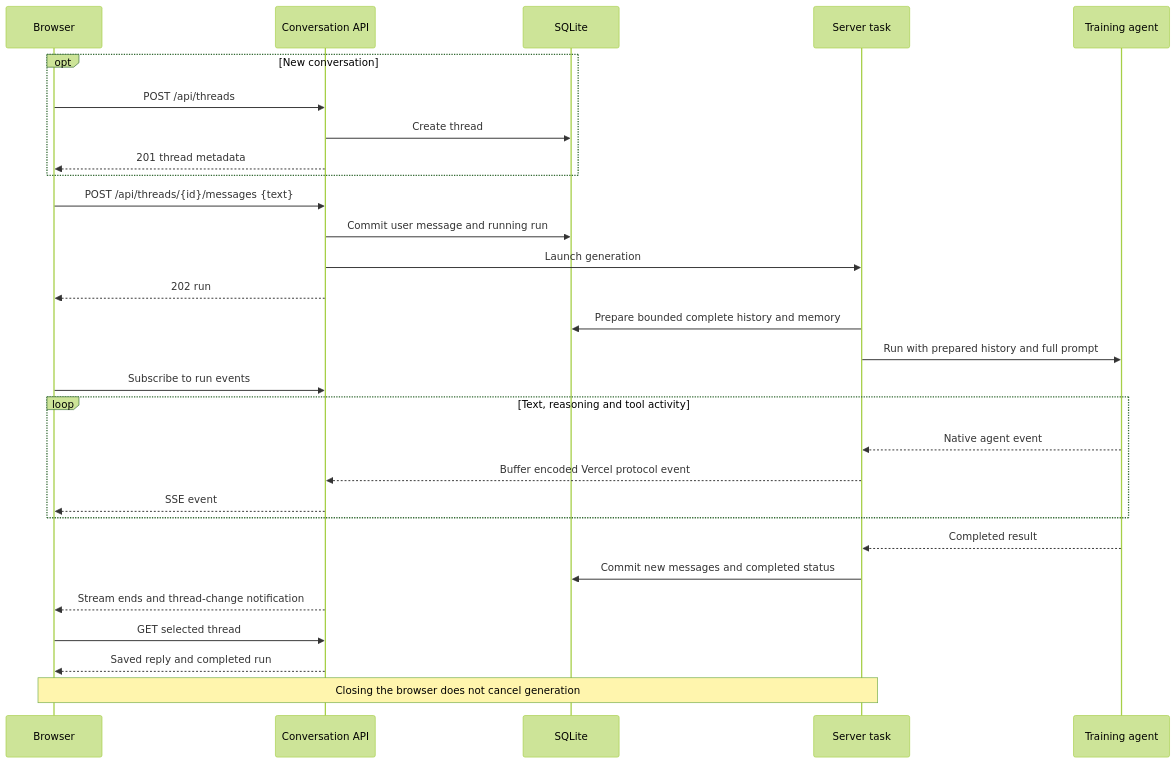
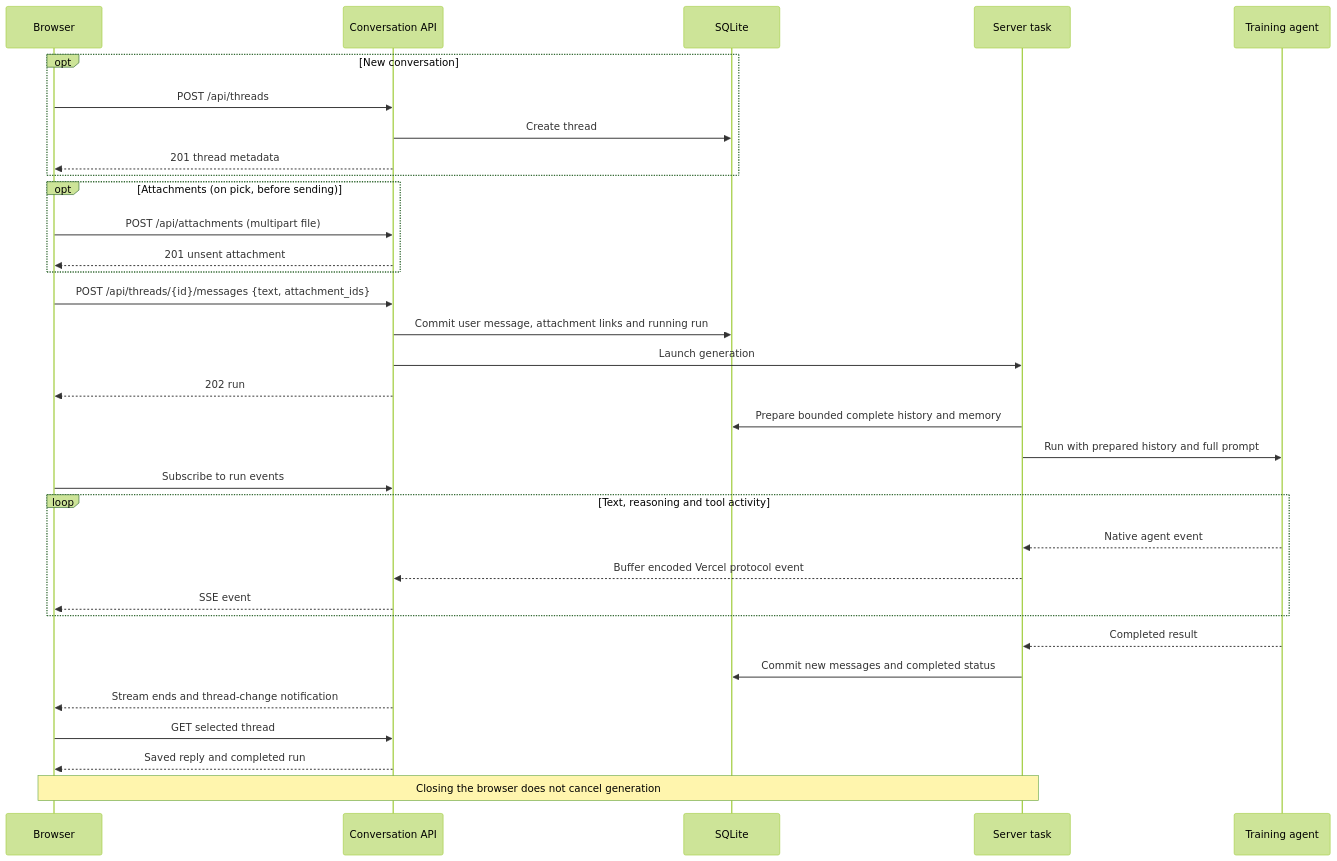
The diagram in docs/frontend-backend.md (atorma/training-ai), drawn with Mermaid (forest theme) before and after one commit. The commit also changed other lines of this file and 38 other files, not shown here.

````diff
--- a/docs/frontend-backend.md
+++ b/docs/frontend-backend.md
@@ -9,32 +9,36 @@
 ```mermaid
 sequenceDiagram
     participant UI as Browser
     participant API as Conversation API
     participant DB as SQLite
     participant Task as Server task
     participant Agent as Training agent
 
     opt New conversation
         UI->>API: POST /api/threads
         API->>DB: Create thread
         API-->>UI: 201 thread metadata
     end
-    UI->>API: POST /api/threads/{id}/messages {text}
-    API->>DB: Commit user message and running run
+    opt Attachments (on pick, before sending)
+        UI->>API: POST /api/attachments (multipart file)
+        API-->>UI: 201 unsent attachment
+    end
+    UI->>API: POST /api/threads/{id}/messages {text, attachment_ids}
+    API->>DB: Commit user message, attachment links and running run
     API->>Task: Launch generation
     API-->>UI: 202 run
     Task->>DB: Prepare bounded complete history and memory
     Task->>Agent: Run with prepared history and full prompt
     UI->>API: Subscribe to run events
     loop Text, reasoning and tool activity
         Agent-->>Task: Native agent event
         Task-->>API: Buffer encoded Vercel protocol event
         API-->>UI: SSE event
     end
     Agent-->>Task: Completed result
     Task->>DB: Commit new messages and completed status
     API-->>UI: Stream ends and thread-change notification
     UI->>API: GET selected thread
     API-->>UI: Saved reply and completed run
     Note over UI,Task: Closing the browser does not cancel generation
 ```
````
